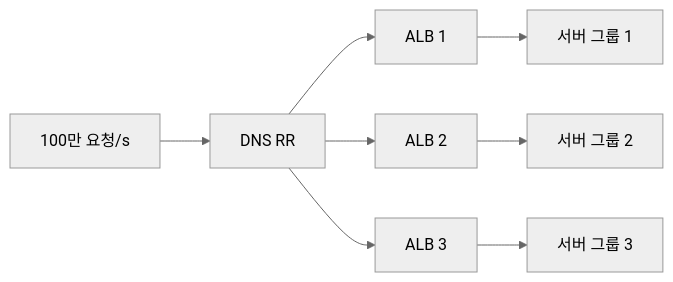
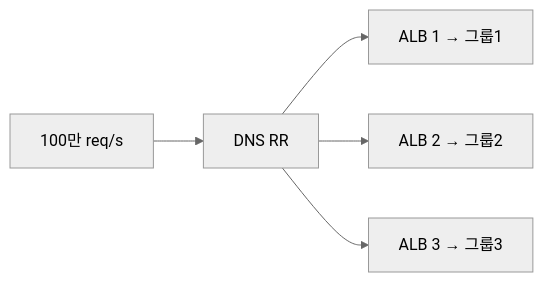
One commit to yjkim2015/yjkim2015.github.io changed the seventh of 8 diagrams in _posts/network/2026-05-01-load-balancer.md. Above: the diagram before and after it, drawn with Mermaid (neutral theme). The commit also changed other lines of this file and 163 other files, not shown here.

First line of the commit message:
Mermaid 300개 블록 내용 축소: 5노드 5엣지 이하, 의미 있는 약어

````diff
--- a/_posts/network/2026-05-01-load-balancer.md
+++ b/_posts/network/2026-05-01-load-balancer.md
@@ -693,10 +688,7 @@
 ```mermaid
 graph LR
-    Traffic["100만 요청/s"] --> DNS_LB["DNS RR"]
-    DNS_LB --> LB1["ALB 1"]
-    DNS_LB --> LB2["ALB 2"]
-    DNS_LB --> LB3["ALB 3"]
-    LB1 --> SG1["서버 그룹 1"]
-    LB2 --> SG2["서버 그룹 2"]
-    LB3 --> SG3["서버 그룹 3"]
+    T["100만 req/s"] --> DNS["DNS RR"]
+    DNS --> LB1["ALB 1 → 그룹1"]
+    DNS --> LB2["ALB 2 → 그룹2"]
+    DNS --> LB3["ALB 3 → 그룹3"]
 ```
````
